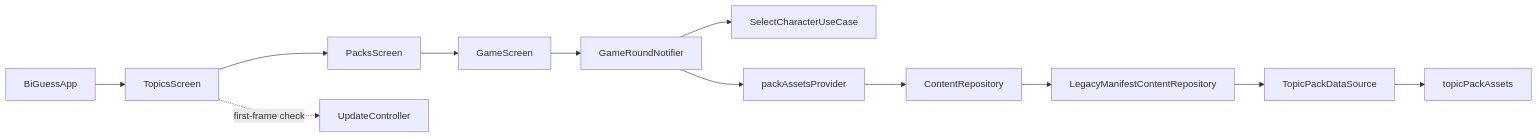
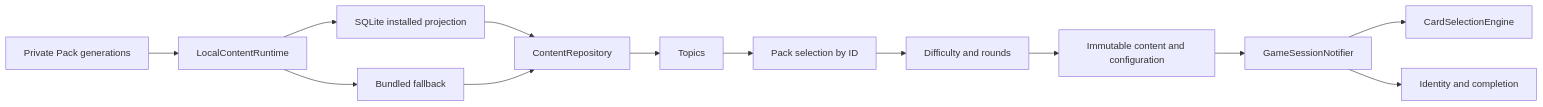
The diagram in .agents/sidecars/architecture.md (AbderrahmaneSAOUDI/BiGuess-Game), drawn with Mermaid before and after one commit. The commit also changed other lines of this file and 124 other files, not shown here.

````diff
--- a/.agents/sidecars/architecture.md
+++ b/.agents/sidecars/architecture.md
@@ -9,14 +11,15 @@
 ```mermaid
 flowchart LR
-  App[BiGuessApp] --> Topics[TopicsScreen]
-  Topics --> Packs[PacksScreen]
-  Packs --> Game[GameScreen]
-  Game --> Round[GameRoundNotifier]
-  Round --> Select[SelectCharacterUseCase]
-  Round --> Assets[packAssetsProvider]
-  Assets --> Repository[ContentRepository]
-  Repository --> Adapter[LegacyManifestContentRepository]
-  Adapter --> Source[TopicPackDataSource]
-  Source --> Manifest[topicPackAssets]
-  Topics -. first-frame check .-> Updates[UpdateController]
+  Files[Private Pack generations] --> Runtime[LocalContentRuntime]
+  Runtime --> SQL[SQLite installed projection]
+  Runtime --> Legacy[Bundled fallback]
+  SQL --> Repository[ContentRepository]
+  Legacy --> Repository
+  Repository --> Topics[Topics]
+  Topics --> Packs[Pack selection by ID]
+  Packs --> Setup[Difficulty and rounds]
+  Setup --> Snapshot[Immutable content and configuration]
+  Snapshot --> Session[GameSessionNotifier]
+  Session --> Deck[CardSelectionEngine]
+  Session --> Identity[Identity and completion]
 ```
````
